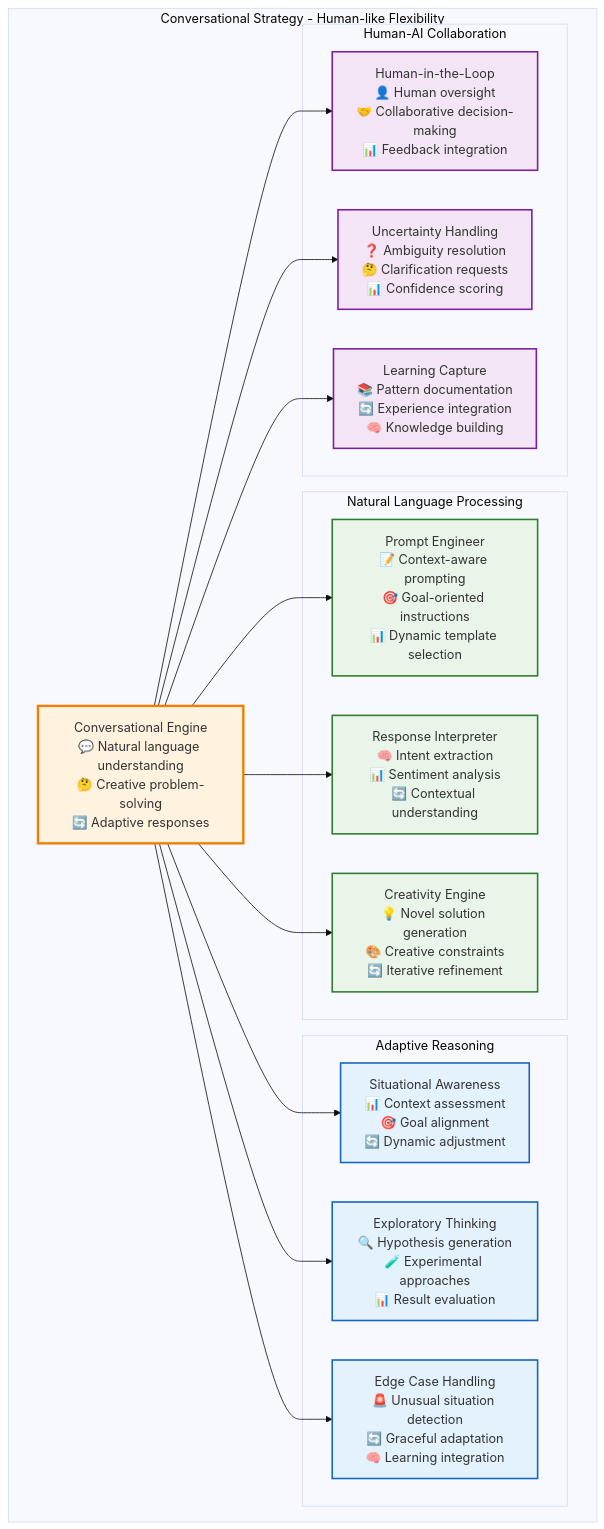
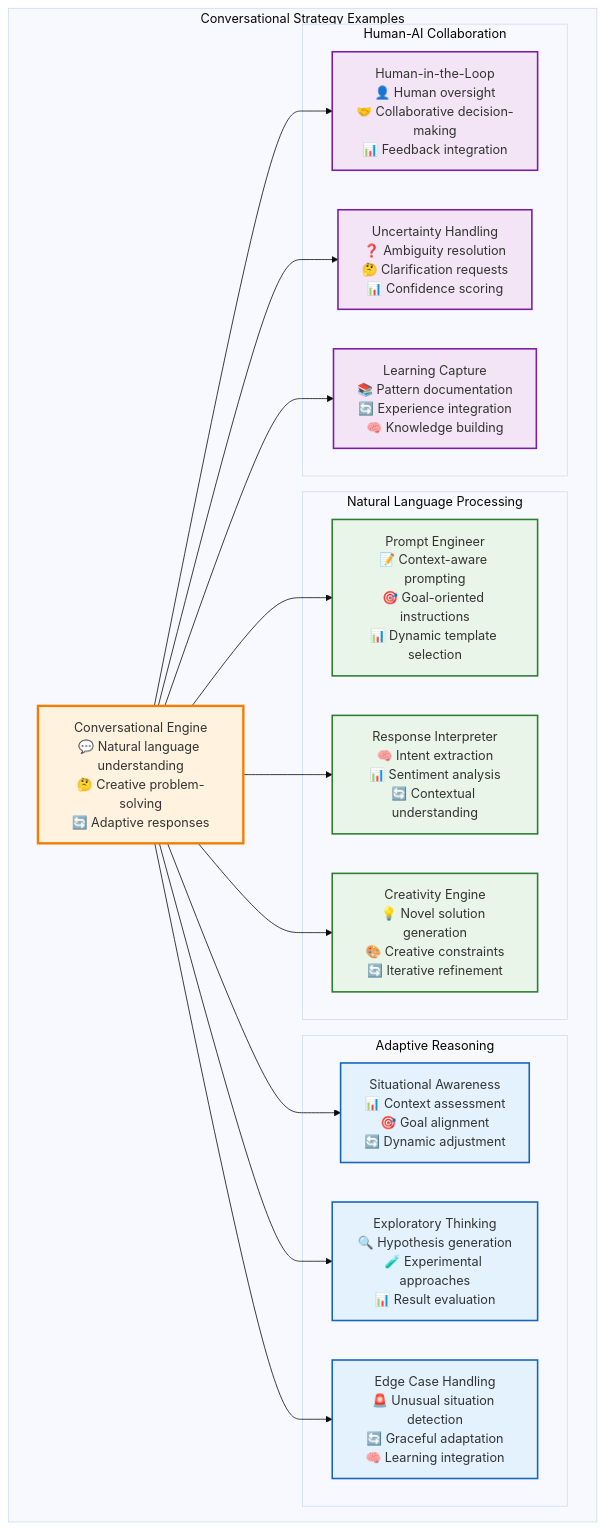
Diagram 18 of 51 in docs/ai-execution-architecture.md (Vrooli/Vrooli), drawn with Mermaid (base theme) before and after one commit. The commit also changed other lines of this file, not shown here.

Commit message:
Execution architecture p7

````diff
--- a/docs/ai-execution-architecture.md
+++ b/docs/ai-execution-architecture.md
@@ -1153,50 +1131,50 @@
 ```mermaid
 graph TB
-    subgraph "Conversational Strategy - Human-like Flexibility"
+    subgraph "Conversational Strategy Examples"
         ConvEngine[Conversational Engine<br/>💬 Natural language understanding<br/>🤔 Creative problem-solving<br/>🔄 Adaptive responses]
         
         subgraph "Natural Language Processing"
             PromptEngineer[Prompt Engineer<br/>📝 Context-aware prompting<br/>🎯 Goal-oriented instructions<br/>📊 Dynamic template selection]
             
             ResponseInterpreter[Response Interpreter<br/>🧠 Intent extraction<br/>📊 Sentiment analysis<br/>🔄 Contextual understanding]
             
             CreativityEngine[Creativity Engine<br/>💡 Novel solution generation<br/>🎨 Creative constraints<br/>🔄 Iterative refinement]
         end
         
         subgraph "Adaptive Reasoning"
             SituationalAwareness[Situational Awareness<br/>📊 Context assessment<br/>🎯 Goal alignment<br/>🔄 Dynamic adjustment]
             
             ExploratoryThinking[Exploratory Thinking<br/>🔍 Hypothesis generation<br/>🧪 Experimental approaches<br/>📊 Result evaluation]
             
             EdgeCaseHandling[Edge Case Handling<br/>🚨 Unusual situation detection<br/>🔄 Graceful adaptation<br/>🧠 Learning integration]
         end
         
         subgraph "Human-AI Collaboration"
             HumanInTheLoop[Human-in-the-Loop<br/>👤 Human oversight<br/>🤝 Collaborative decision-making<br/>📊 Feedback integration]
             
             UncertaintyHandling[Uncertainty Handling<br/>❓ Ambiguity resolution<br/>🤔 Clarification requests<br/>📊 Confidence scoring]
             
             LearningCapture[Learning Capture<br/>📚 Pattern documentation<br/>🔄 Experience integration<br/>🧠 Knowledge building]
         end
     end
     
     ConvEngine --> PromptEngineer
     ConvEngine --> ResponseInterpreter
     ConvEngine --> CreativityEngine
     ConvEngine --> SituationalAwareness
     ConvEngine --> ExploratoryThinking
     ConvEngine --> EdgeCaseHandling
     ConvEngine --> HumanInTheLoop
     ConvEngine --> UncertaintyHandling
     ConvEngine --> LearningCapture
     
     classDef engine fill:#fff3e0,stroke:#f57c00,stroke-width:3px
     classDef nlp fill:#e8f5e8,stroke:#2e7d32,stroke-width:2px
     classDef reasoning fill:#e3f2fd,stroke:#1565c0,stroke-width:2px
     classDef collaboration fill:#f3e5f5,stroke:#7b1fa2,stroke-width:2px
     
     class ConvEngine engine
     class PromptEngineer,ResponseInterpreter,CreativityEngine nlp
     class SituationalAwareness,ExploratoryThinking,EdgeCaseHandling reasoning
     class HumanInTheLoop,UncertaintyHandling,LearningCapture collaboration
 ```
````
